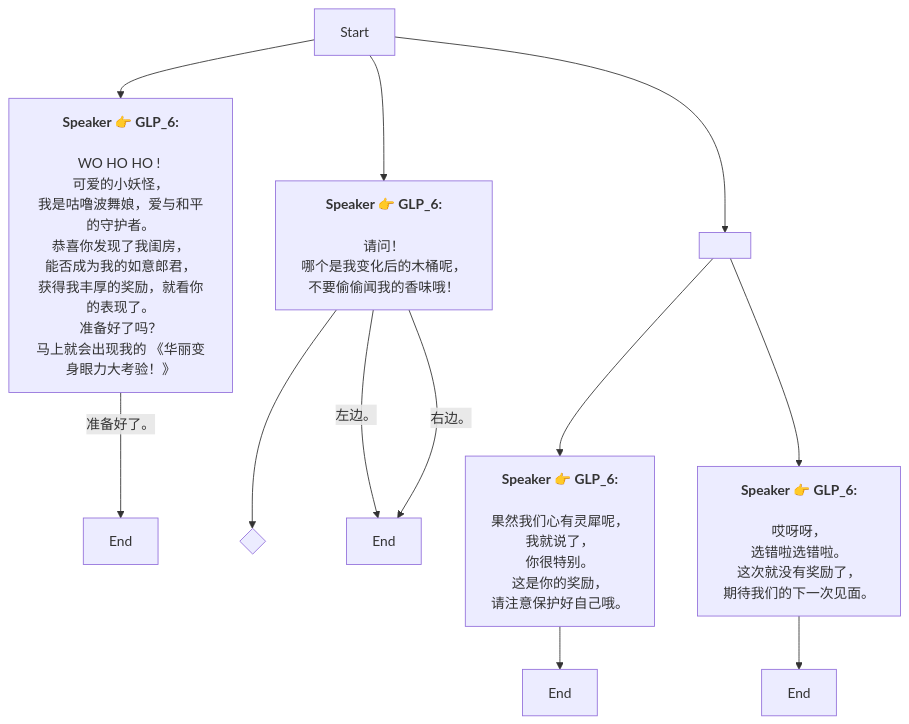
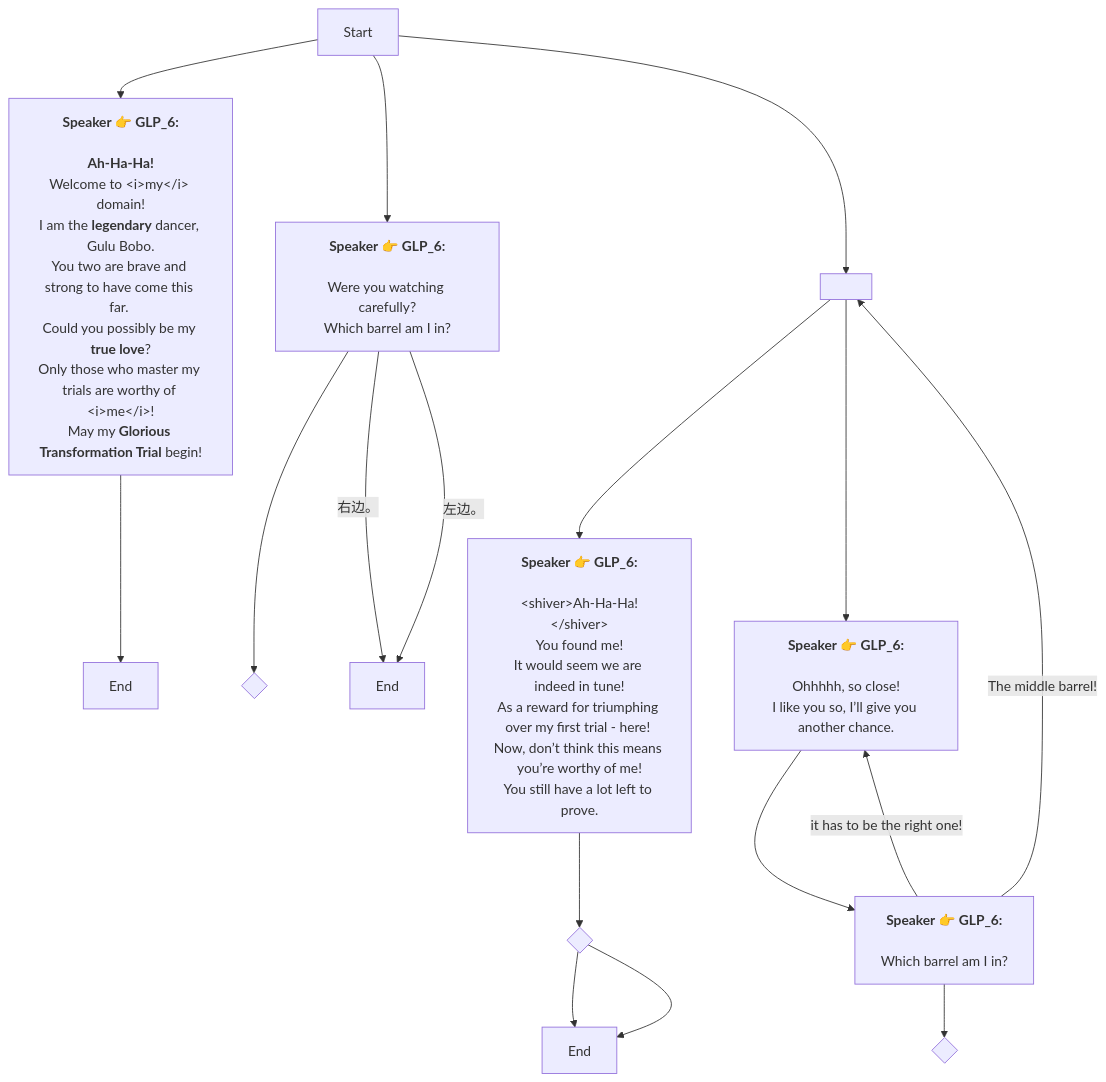
One commit to SoftHu/tos_avg changed the diagram in Zh/4_4_6_maze.md. Above: the diagram before and after it, drawn with Mermaid. The commit also changed 780 other files, not shown here.

````diff
--- a/Zh/4_4_6_maze.md
+++ b/Zh/4_4_6_maze.md
@@ -1,31 +1,33 @@
 ```mermaid
 graph
-Start -->1751193153645843[<b>Speaker 👉 GLP_6:</b>
-\nWO HO HO ! 
-可爱的小妖怪，
-我是咕噜波舞娘，爱与和平的守护者。\n恭喜你发现了我闺房，
-能否成为我的如意郎君，
-获得我丰厚的奖励，就看你的表现了。\n准备好了吗？
-马上就会出现我的 《华丽变身眼力大考验！》]
-1751193153645843 -->|准备好了。|1751196666168596[End]
+Start -->1776321960146393[<b>Speaker 👉 GLP_6:</b>
+\n<b>Ah-Ha-Ha!</b>\nWelcome to &lt;i&gt;my&lt;/i&gt; domain!
+I am the <b>legendary</b> dancer, Gulu Bobo.\nYou two are brave and strong to have come this far. 
+Could you possibly be my <b>true love</b>?
+Only those who master my trials are worthy of &lt;i&gt;me&lt;/i&gt;!\nMay my <b>Glorious Transformation Trial</b> begin!]
+1776321960146393 -->1751196666168596[End]
 Start -->1751196687749401[<b>Speaker 👉 GLP_6:</b>
-\n请问！
-哪个是我变化后的木桶呢，
-不要偷偷闻我的香味哦！]
+\nWere you watching carefully?
+Which barrel am I in?]
 1751196687749401 -->1751196830360868{ }
+1751196687749401 -->|右边。|1751196853955877[End]
 1751196687749401 -->|左边。|1751196853955877[End]
-1751196687749401 -->|右边。|1751196853955877[End]
 Start -->1751196867413288[ ]
 1751196867413288 -->1751196864808231[<b>Speaker 👉 GLP_6:</b>
-\n果然我们心有灵犀呢，
-我就说了，
-你很特别。\n这是你的奖励，
-请注意保护好自己哦。]
+\n&lt;shiver&gt;Ah-Ha-Ha!&lt;/shiver&gt;\nYou found me!
+It would seem we are indeed in tune!\nAs a reward for triumphing over my first trial - here! 
+Now, don’t think this means you’re worthy of me!
+You still have a lot left to prove.]
 1751196867413288 -->1751197036869931[<b>Speaker 👉 GLP_6:</b>
-\n哎呀呀，
-选错啦选错啦。\n这次就没有奖励了，
-期待我们的下一次见面。]
-1751196864808231 -->1751197029170474[End]
-1751197036869931 -->1751198576906540[End]
+\nOhhhhh, so close!\nI like you so, I’ll give you another chance.]
+1751196864808231 -->1751196985000233{ }
+1751196985000233 -->1751197029170474[End]
+1751196985000233 -->1751197029170474[End]
+1751197036869931 -->1776322116443618[<b>Speaker 👉 GLP_6:</b>
+\nWhich barrel am I in?]
+1776322116443618 -->1776325956317715{ }
+1776322116443618 -->|it has to be the right one!|1751197036869931[<b>Speaker 👉 GLP_6:</b>
+\nOhhhhh, so close!\nI like you so, I’ll give you another chance.]
+1776322116443618 -->|The middle barrel!|1751196867413288[ ]
 
 ```
````
